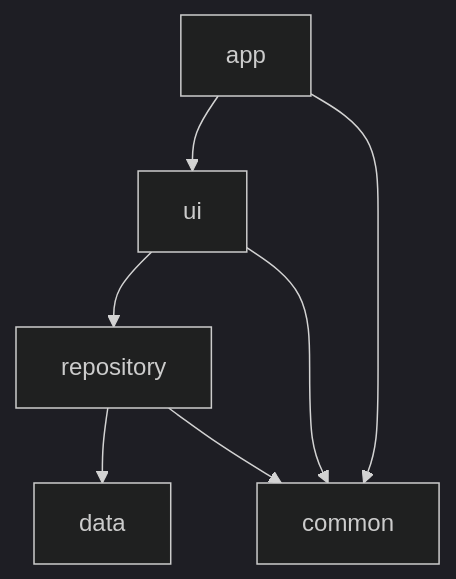
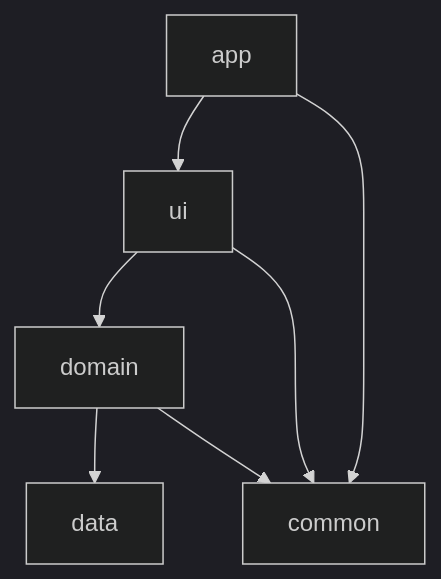
Before and after one commit to mahersavara/Dingo: the first of 5 diagrams in README.md, drawn with Mermaid (dark theme). The commit also changed other lines of this file and 12 other files, not shown here.

First line of the commit message:
refactor(domain): Move DummyRepository interface to domain module

````diff
--- a/README.md
+++ b/README.md
@@ -233,9 +233,9 @@
 ```mermaid
 graph TD
     A[app] --> B[ui]
     A --> C[common]
-    B --> D[repository]
+    B --> D[domain]
     B --> C
     D --> E[data]
     D --> C
 ```
````
